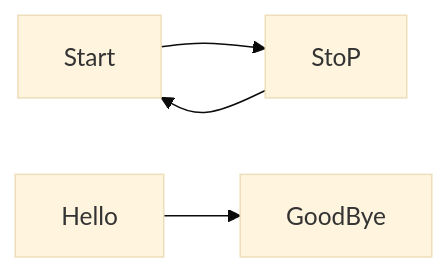
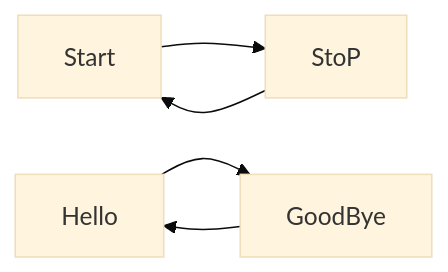
One commit to NU-Teams/TEST-MERMAIDJS-ACTION changed the diagram in README.md. Above: the diagram before and after it, drawn with Mermaid (base theme).

Commit message:
Add changes

````diff
--- a/README.md
+++ b/README.md
@@ -7,7 +7,8 @@
 ```mermaid
 flowchart LR
     Start --> StoP
     StoP --> Start
     Hello --> GoodBye
+    GoodBye --> Hello
     
 ```
````
